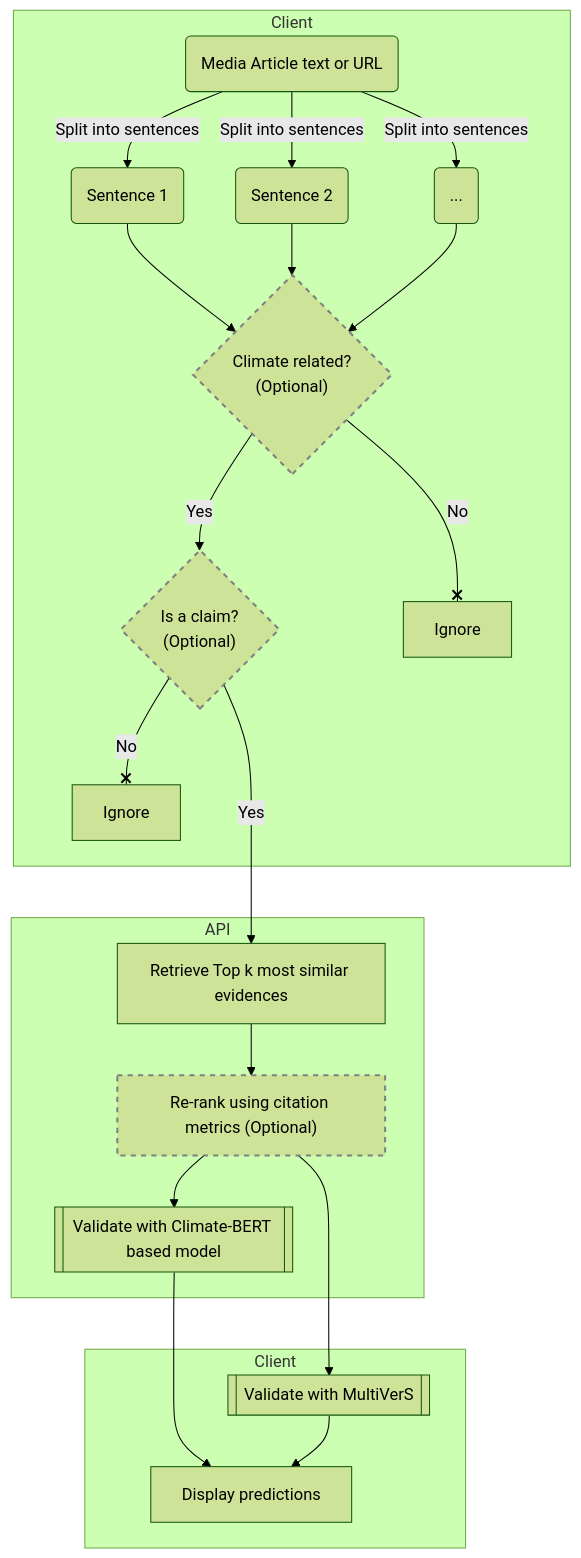
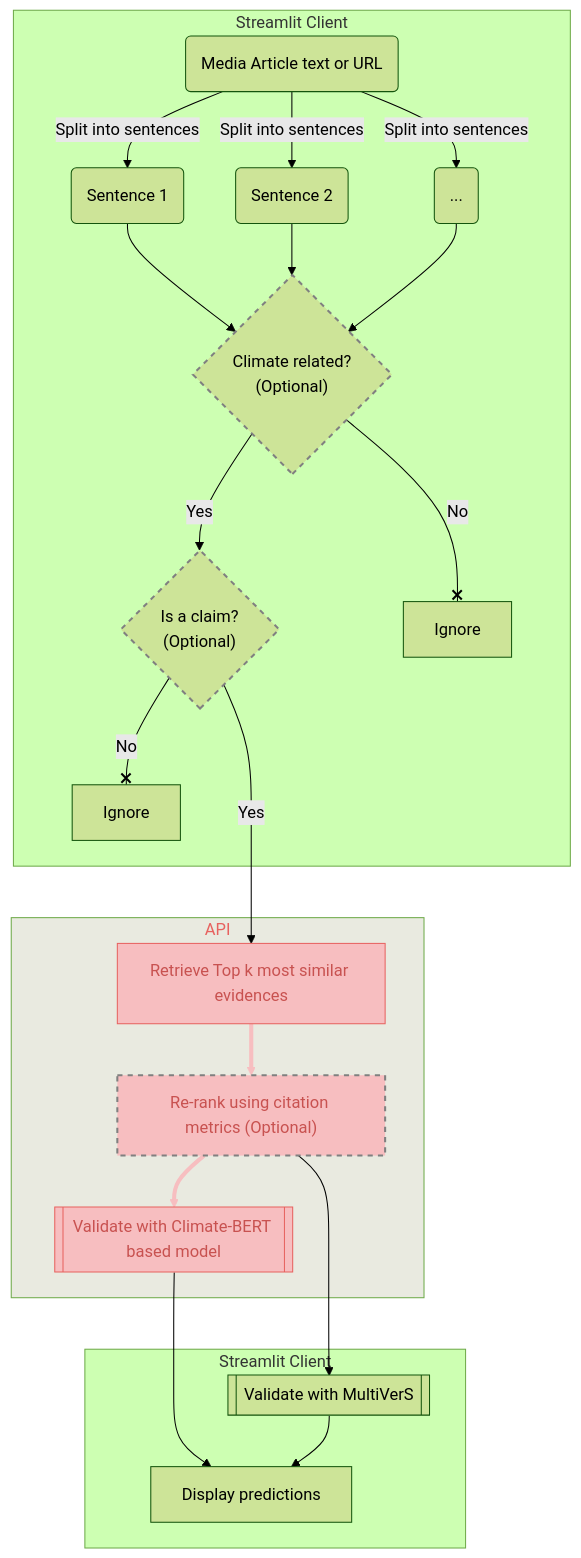
The diagram in README.md (aaalexlit/cc-evidences-api), drawn with Mermaid (forest theme) before and after one commit. The commit also changed other lines of this file and 2 other files, not shown here.

Commit message:
- style workflow chart - put tech doc apart - add CITATION.cff

````diff
--- a/README.md
+++ b/README.md
@@ -11,28 +11,32 @@
 ```mermaid
 flowchart TB
-   subgraph client1 [Client]
+   subgraph client1 [Streamlit Client]
       A(Media Article text or URL) -->|Split into sentences| S1("Sentence 1")
       A -->|Split into sentences| S2("Sentence 2")
       A -->|Split into sentences| SN("...")
       S1 --> CR{"Climate related?\n (Optional)"}
       S2 --> CR
       SN --> CR
       CR -->|Yes| IC{"Is a claim? \n(Optional)"}
       CR --No --x N[ Ignore ]
       IC --No --x N1[Ignore]
    end
    subgraph API
       IC -- Yes ---> E["Retrieve Top k most similar evidences"]
-      E --> R["Re-rank using citation metrics (Optional)"]
-      R --> VC[["Validate with Climate-BERT based model"]]
+      E:::curAppNode --> R["Re-rank using citation metrics (Optional)"]
+      R:::curAppNode --> VC[["Validate with Climate-BERT based model"]]
    end
-   subgraph client2 [ Client ]
+   subgraph client2 [ Streamlit Client ]
       R ---> VM[["Validate with MultiVerS"]]
-      VC --> D["Display predictions"]
+      VC:::curAppNode --> D["Display predictions"]
       VM --> D
    end
     style R stroke:#808080,stroke-width:2px,stroke-dasharray: 5 5
     style CR stroke:#808080,stroke-width:2px,stroke-dasharray: 5 5
     style IC stroke:#808080,stroke-width:2px,stroke-dasharray: 5 5
+    style API fill:#E9EAE0,color:#E7625F
+    classDef curAppNode fill:#F7BEC0,color:#C85250,stroke:#E7625F
+    linkStyle 10,11 stroke:#F7BEC0,stroke-width:4px,color:#C85250,background-color:#F7BEC0
+;
 
 ```
````
